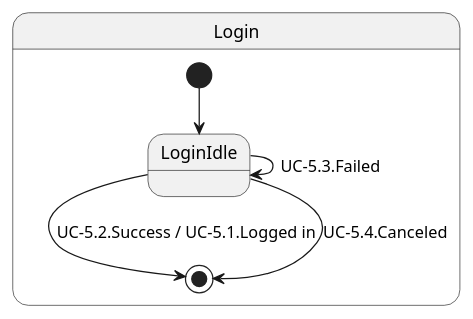
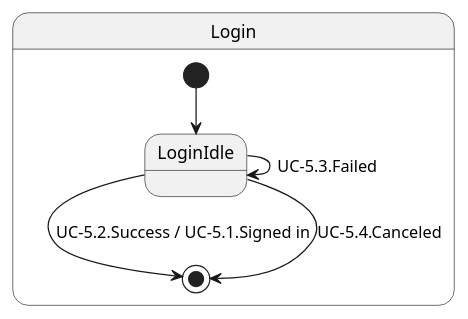
The diagram in web/doc/state_chart/login.pu (azarashin/Word2VecSOM), drawn with PlantUML before and after one commit. The commit also changed 3 other files, not shown here.

```diff
--- a/web/doc/state_chart/login.pu
+++ b/web/doc/state_chart/login.pu
@@ -1,12 +1,12 @@
 @startuml
 
 state Login {
     [*] --> LoginIdle
     LoginIdle --> LoginIdle : UC-5.3.Failed
-    LoginIdle --> [*] : UC-5.2.Success / UC-5.1.Logged in
+    LoginIdle --> [*] : UC-5.2.Success / UC-5.1.Signed in
     LoginIdle --> [*] : UC-5.4.Canceled
     
 }
 
 
 @enduml
```
